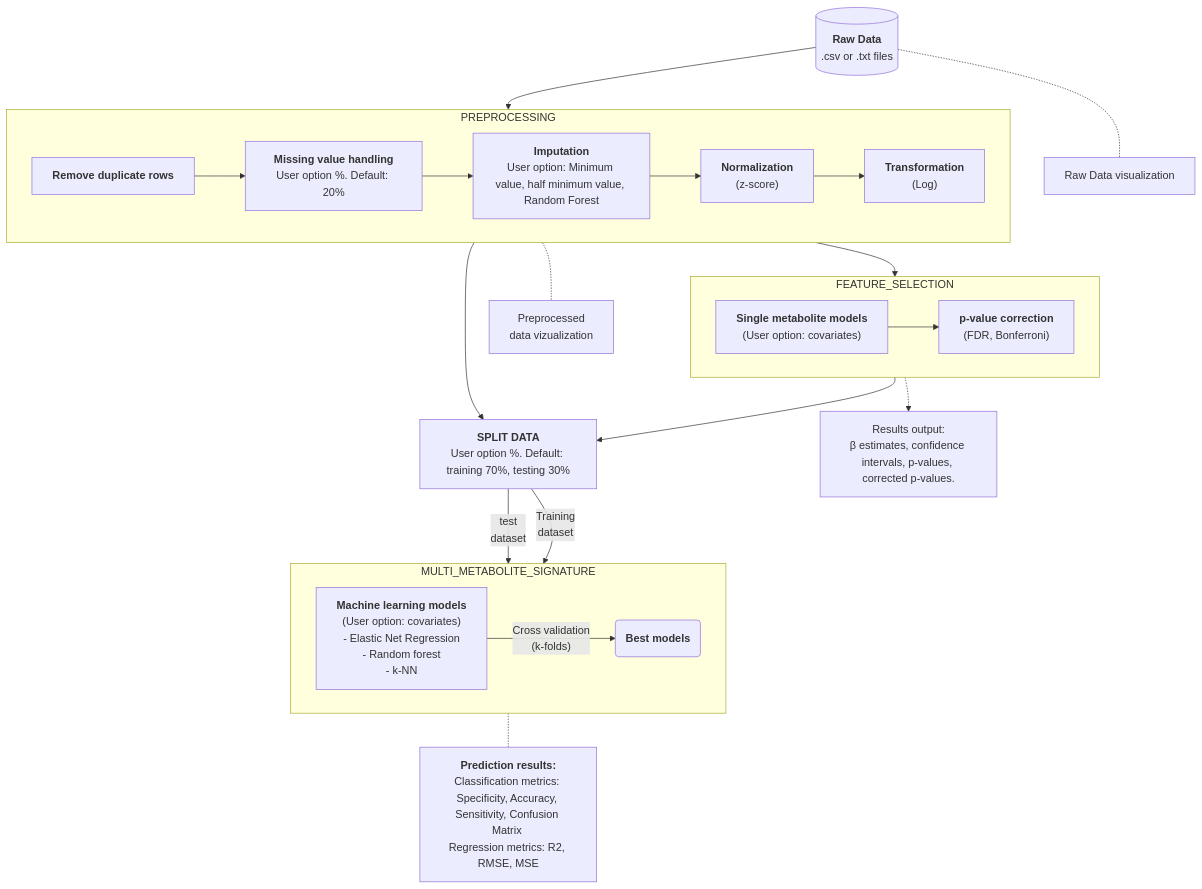
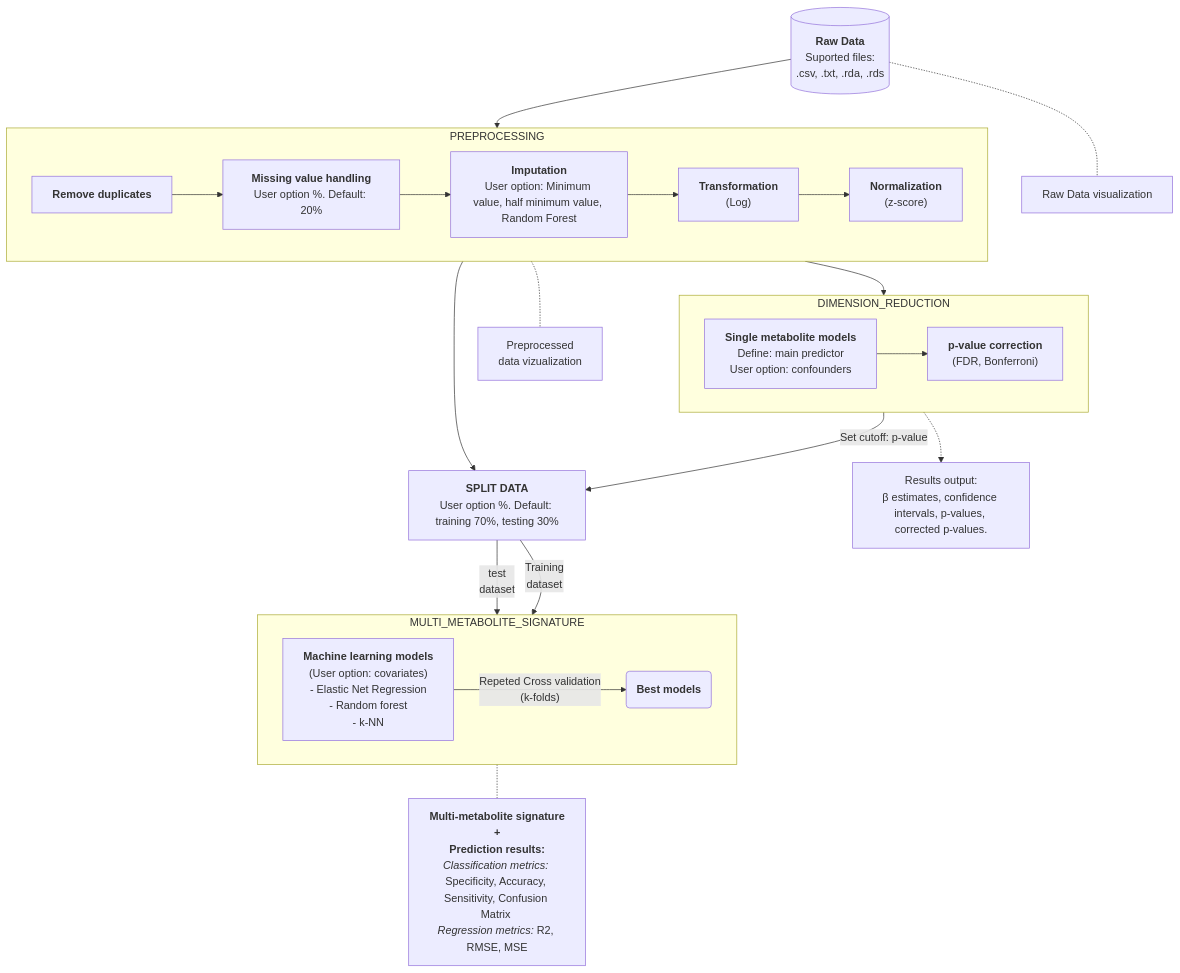
Before and after one commit to nestanyol/CoolBeans: the diagram in vignettes/flowchart.qmd, drawn with Mermaid.

Commit message:
Info update

````diff
--- a/vignettes/flowchart.qmd
+++ b/vignettes/flowchart.qmd
@@ -6,51 +6,59 @@
 ```{mermaid}
 flowchart TB
     RD -.- l0[Raw Data visualization]
     RD[("`**Raw Data**
-    .csv or .txt files
+    Suported files:
+    .csv, .txt, .rda, .rds 
     `")] --> PREPROCESSING
+    
     subgraph PREPROCESSING
     direction LR
-    p.1["`**Remove duplicate rows**`"] --> p.2["`**Missing value handling**
+    p.1["`**Remove duplicates**`"] --> p.2["`**Missing value handling**
     User option %. Default: 20%`"]
     p.2 --> p.3["`**Imputation**
     User option: Minimum value, half minimum value, Random Forest
     `"]
-    p.3 --> p.4["`**Normalization**
+    p.3 --> p.4["`**Transformation**
+    (Log)`"] 
+    p.4 --> p.5["`**Normalization**
     (z-score)`"] 
-    p.4 --> p.5["`**Transformation**
-    (Log)`"] 
     end
     PREPROCESSING -.- l1[Preprocessed 
     data vizualization]
-    PREPROCESSING  --> FEATURE_SELECTION
+    PREPROCESSING  --> DIMENSION_REDUCTION
     PREPROCESSING --> split
-    subgraph FEATURE_SELECTION
+
+    subgraph DIMENSION_REDUCTION
     fs1["`**Single metabolite models**
-    (User option: covariates)`"]   
+    Define: main predictor
+    User option: confounders`"]   
     fs1 --> fs2["`**p-value correction**
     (FDR, Bonferroni)`"]
     end
-    FEATURE_SELECTION --> split["`**SPLIT DATA**
+    DIMENSION_REDUCTION --Set cutoff: p-value--> split["`**SPLIT DATA**
     User option %. Default: training 70%, testing 30%`"]
     split --Training 
     dataset--> MULTI_METABOLITE_SIGNATURE
-    FEATURE_SELECTION -.-> l2["`Results output:
+
+    DIMENSION_REDUCTION -.-> l2["`Results output:
     β estimates, confidence intervals, p-values, corrected p-values.
     `"]
+
     subgraph MULTI_METABOLITE_SIGNATURE
     direction LR
     mms.1["`**Machine learning models**
     (User option: covariates)
     - Elastic Net Regression
     - Random forest
-    - k-NN`"]  --Cross validation
+    - k-NN`"]  -- Repeted Cross validation
     (k-folds)--> mms.2("`**Best models**`")
     end
     split--test 
     dataset-->mms.2
-    MULTI_METABOLITE_SIGNATURE -.- l3["`**Prediction results:**
-    Classification metrics: Specificity, Accuracy, Sensitivity, Confusion Matrix 
-    Regression metrics: R2, RMSE, MSE`"]
+    MULTI_METABOLITE_SIGNATURE -.- l3["`**Multi-metabolite signature
+    +
+    Prediction results:**
+    _Classification metrics:_ Specificity, Accuracy, Sensitivity, Confusion Matrix 
+    _Regression metrics:_ R2, RMSE, MSE`"]
     
 ```
````
